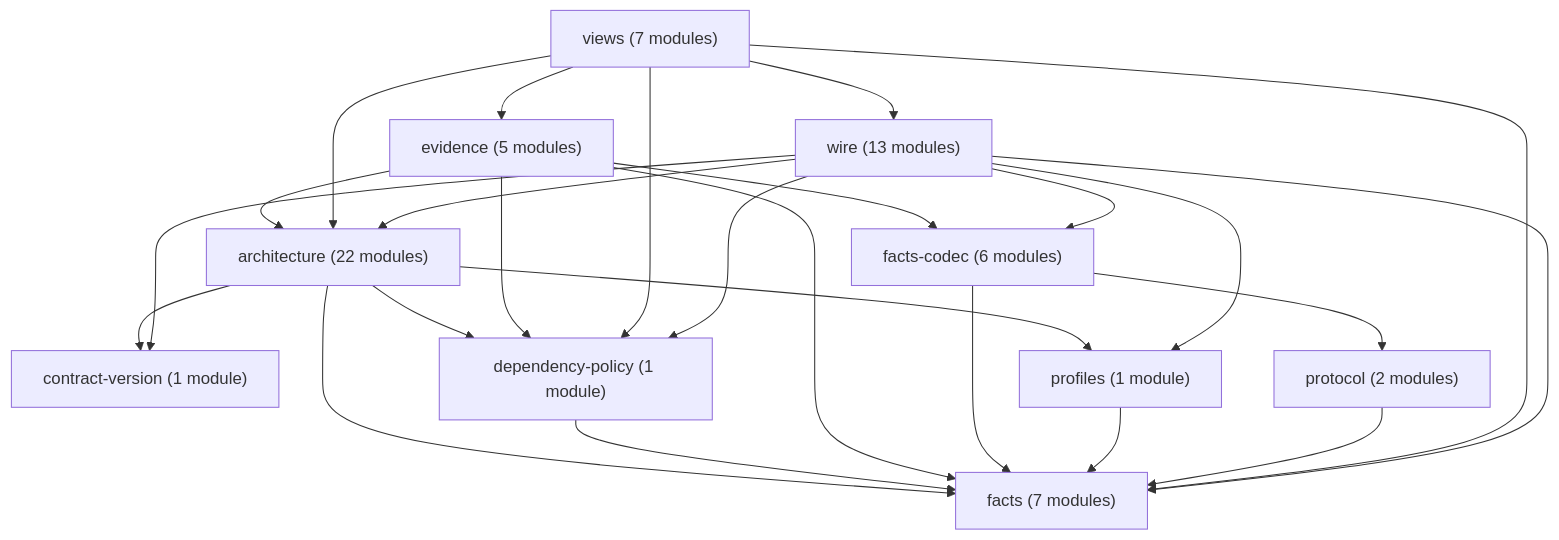
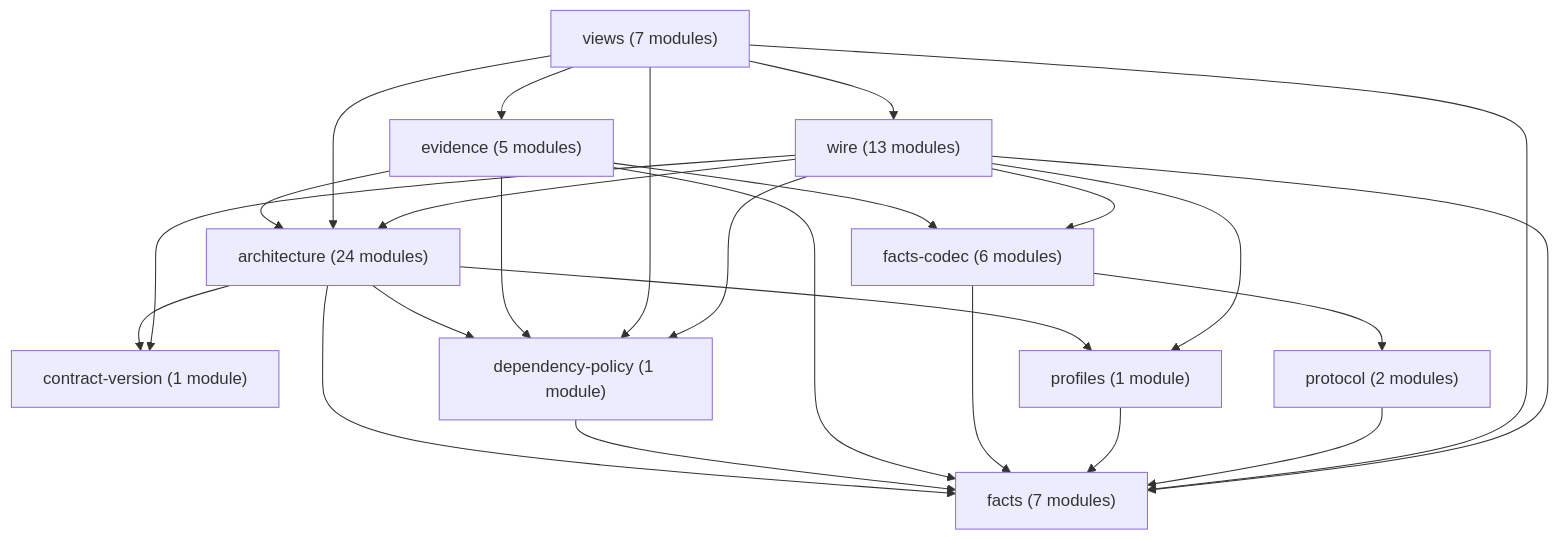
One commit to rapiddweller/archkeel changed the diagram in docs/architecture/ir-owners.md. Above: the diagram before and after it, drawn with Mermaid. The commit also changed other lines of this file and 15 other files, not shown here.

````diff
--- a/docs/architecture/ir-owners.md
+++ b/docs/architecture/ir-owners.md
@@ -35,37 +35,37 @@
 ```mermaid
 graph TD
-    n_0["architecture (22 modules)"]
+    n_0["architecture (24 modules)"]
     n_1["contract-version (1 module)"]
     n_2["dependency-policy (1 module)"]
     n_3["evidence (5 modules)"]
     n_4["facts (7 modules)"]
     n_5["facts-codec (6 modules)"]
     n_6["profiles (1 module)"]
     n_7["protocol (2 modules)"]
     n_8["views (7 modules)"]
     n_9["wire (13 modules)"]
     n_0 --> n_1
     n_0 --> n_2
     n_0 --> n_4
     n_0 --> n_6
     n_2 --> n_4
     n_3 --> n_0
     n_3 --> n_2
     n_3 --> n_4
     n_3 --> n_5
     n_5 --> n_4
     n_5 --> n_7
     n_6 --> n_4
     n_7 --> n_4
     n_8 --> n_0
     n_8 --> n_2
     n_8 --> n_3
     n_8 --> n_4
     n_8 --> n_9
     n_9 --> n_0
     n_9 --> n_1
     n_9 --> n_2
     n_9 --> n_4
     n_9 --> n_5
     n_9 --> n_6
 ```
````
